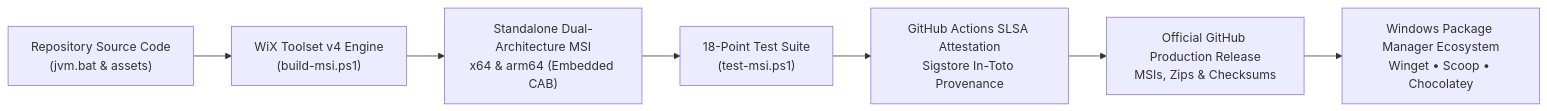
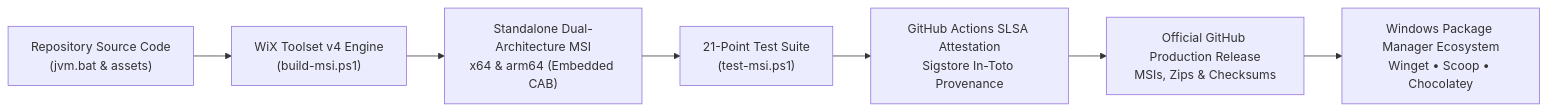
One commit to DiamTek/Java-Version-Manager-Windows changed the fourth of 4 diagrams in docs/ARCHITECTURE.md. Above: the diagram before and after it, drawn with Mermaid. The commit also changed other lines of this file and 13 other files, not shown here.

````diff
--- a/docs/ARCHITECTURE.md
+++ b/docs/ARCHITECTURE.md
@@ -250,9 +250,9 @@
 ```mermaid
 graph LR
     Source["Repository Source Code<br/>(jvm.bat & assets)"] --> WixBuild["WiX Toolset v4 Engine<br/>(build-msi.ps1)"]
     WixBuild --> OutputMSI["Standalone Dual-Architecture MSI<br/>x64 & arm64 (Embedded CAB)"]
-    OutputMSI --> TestSuite["18-Point Test Suite<br/>(test-msi.ps1)"]
+    OutputMSI --> TestSuite["21-Point Test Suite<br/>(test-msi.ps1)"]
     TestSuite --> Provenance["GitHub Actions SLSA Attestation<br/>Sigstore In-Toto Provenance"]
     Provenance --> Release["Official GitHub Production Release<br/>MSIs, Zips & Checksums"]
     Release --> PM["Windows Package Manager Ecosystem<br/>Winget • Scoop • Chocolatey"]
 ```
````
